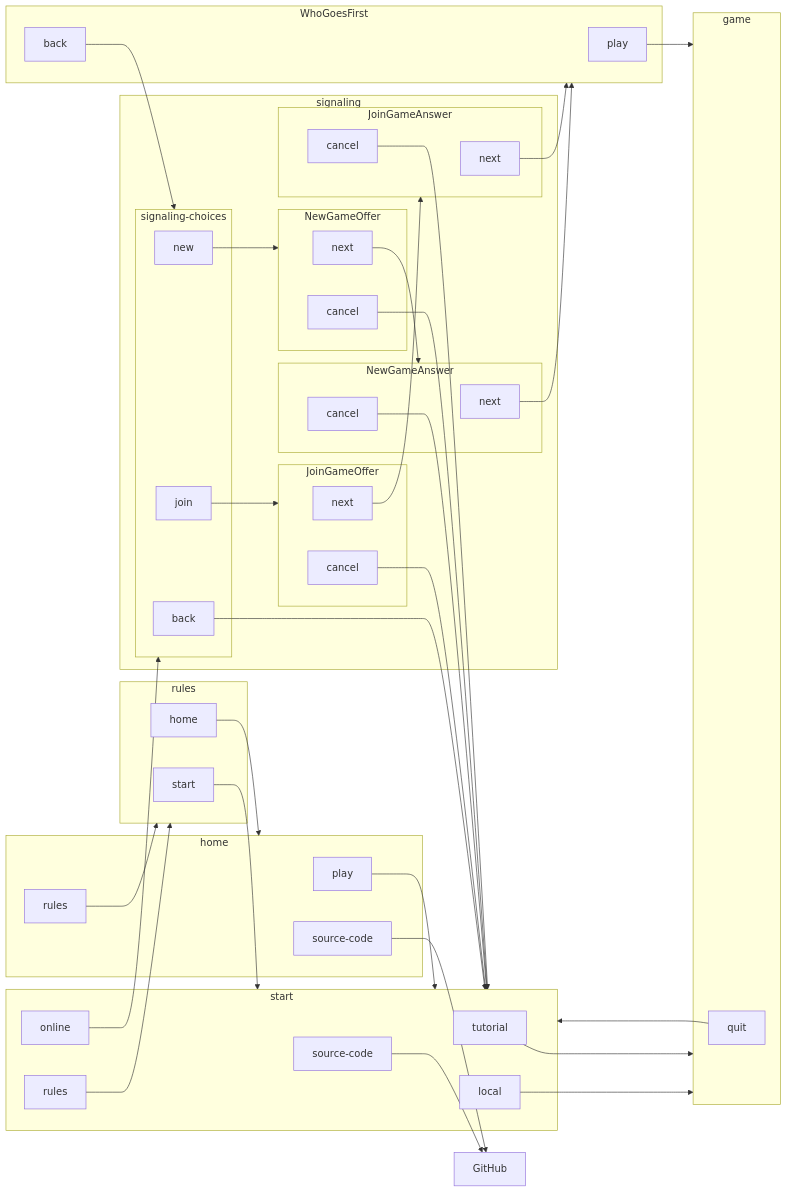
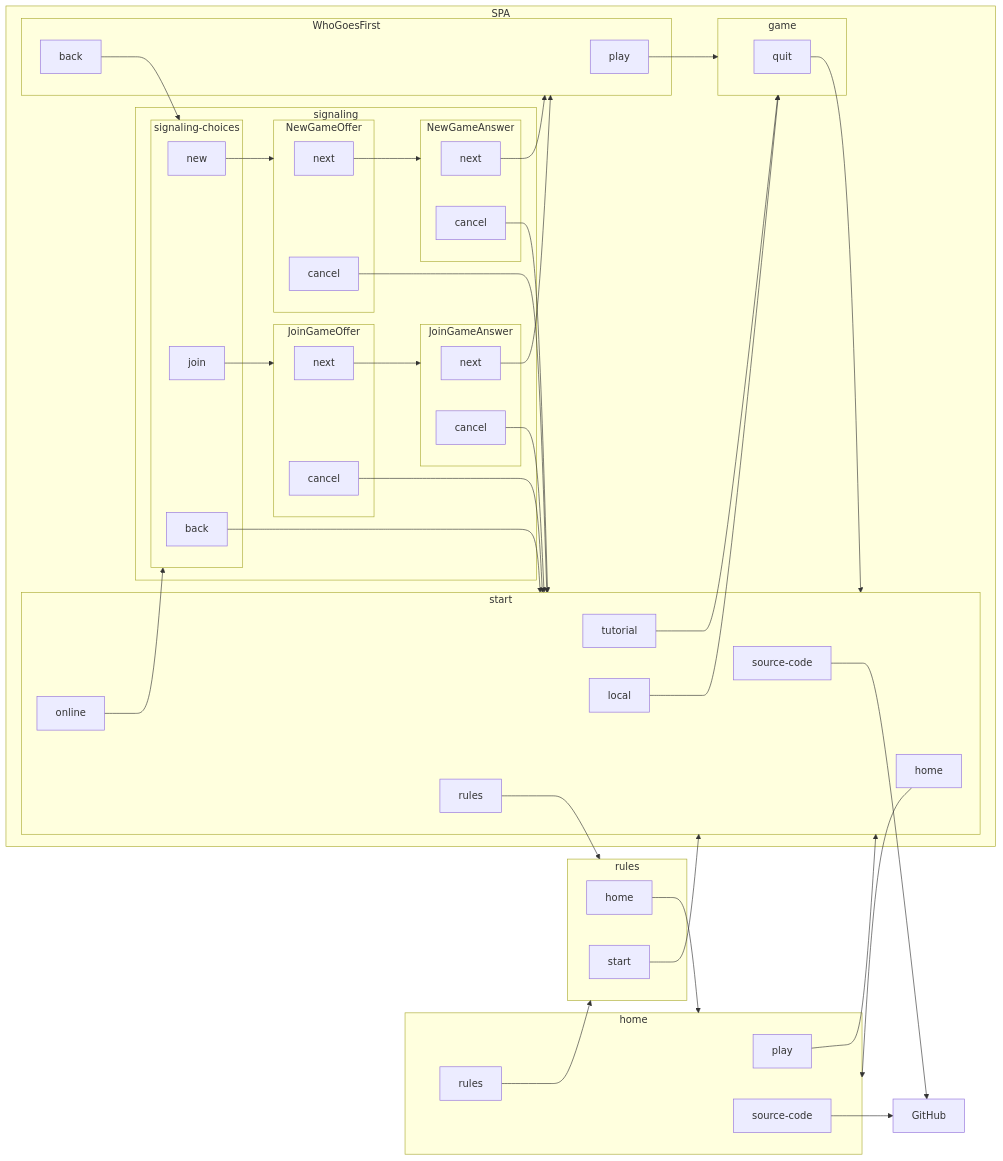
One commit to macabot/senet changed the second of 3 diagrams in README.md. Above: the diagram before and after it, drawn with Mermaid. The commit also changed other lines of this file, not shown here.

Commit message:
Update page navigation documentation

```diff
--- a/README.md
+++ b/README.md
@@ -138,45 +138,50 @@
         rules-start["start"]
     end
 
-    subgraph start
-        tutorial
-        local
-        online
-        start-rules["rules"]
-        start-sourceCode["source-code"]
-    end
+    subgraph SPA
 
-    subgraph signaling
-        subgraph signaling-choices
-            new
-            join
-            signaling-back["back"]
+        subgraph start
+            start-home["home"]
+            tutorial
+            local
+            online
+            start-rules["rules"]
+            start-sourceCode["source-code"]
         end
-        subgraph NewGameOffer
-            NewGameOffer-next["next"]
-            NewGameOffer-cancel["cancel"]
+
+        subgraph signaling
+            subgraph signaling-choices
+                new
+                join
+                signaling-back["back"]
+            end
+            subgraph NewGameOffer
+                NewGameOffer-next["next"]
+                NewGameOffer-cancel["cancel"]
+            end
+            subgraph NewGameAnswer
+                NewGameAnswer-next["next"]
+                NewGameAnswer-cancel["cancel"]
+            end
+            subgraph JoinGameOffer
+                JoinGameOffer-next["next"]
+                JoinGameOffer-cancel["cancel"]
+            end
+            subgraph JoinGameAnswer
+                JoinGameAnswer-next["next"]
+                JoinGameAnswer-cancel["cancel"]
+            end
         end
-        subgraph NewGameAnswer
-            NewGameAnswer-next["next"]
-            NewGameAnswer-cancel["cancel"]
+
+        subgraph WhoGoesFirst
+            WhoGoesFirst-play["play"]
+            WhoGoesFirst-back["back"]
         end
-        subgraph JoinGameOffer
-            JoinGameOffer-next["next"]
-            JoinGameOffer-cancel["cancel"]
+
+        subgraph game
+            game-quit["quit"]
         end
-        subgraph JoinGameAnswer
-            JoinGameAnswer-next["next"]
-            JoinGameAnswer-cancel["cancel"]
-        end
-    end
 
-    subgraph WhoGoesFirst
-        WhoGoesFirst-play["play"]
-        WhoGoesFirst-back["back"]
-    end
-
-    subgraph game
-        game-quit["quit"]
     end
 
     home-play --> start
@@ -186,6 +191,7 @@
     rules-home --> home
     rules-start --> start
 
+    start-home --> home
     start-rules --> rules
     start-sourceCode --> GitHub
     online --> signaling-choices
```
